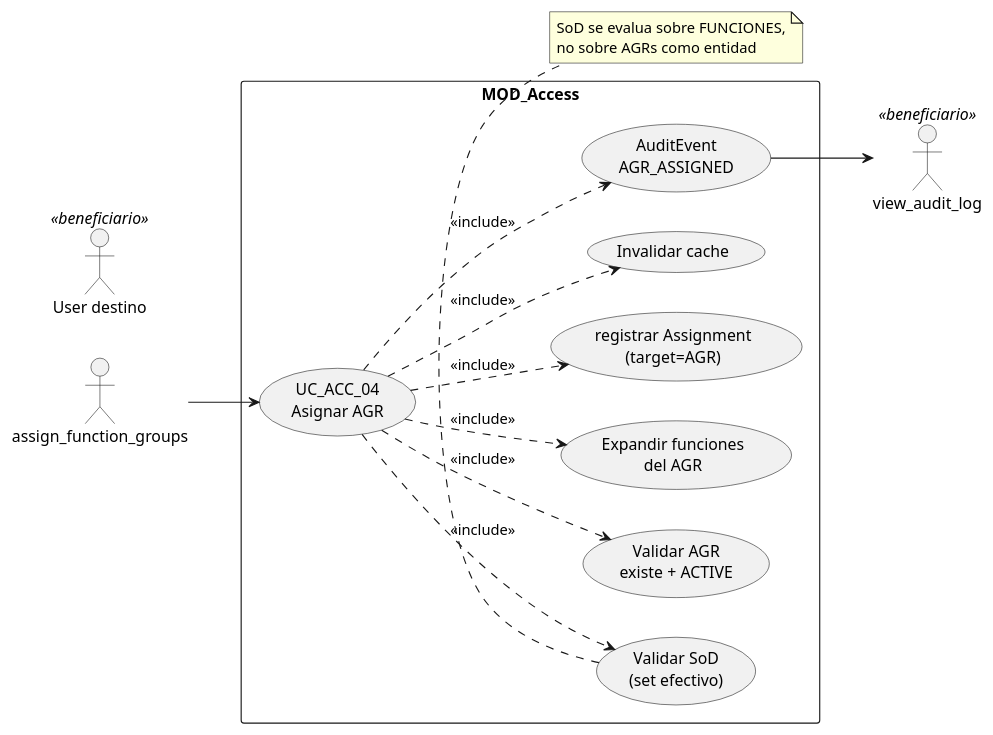
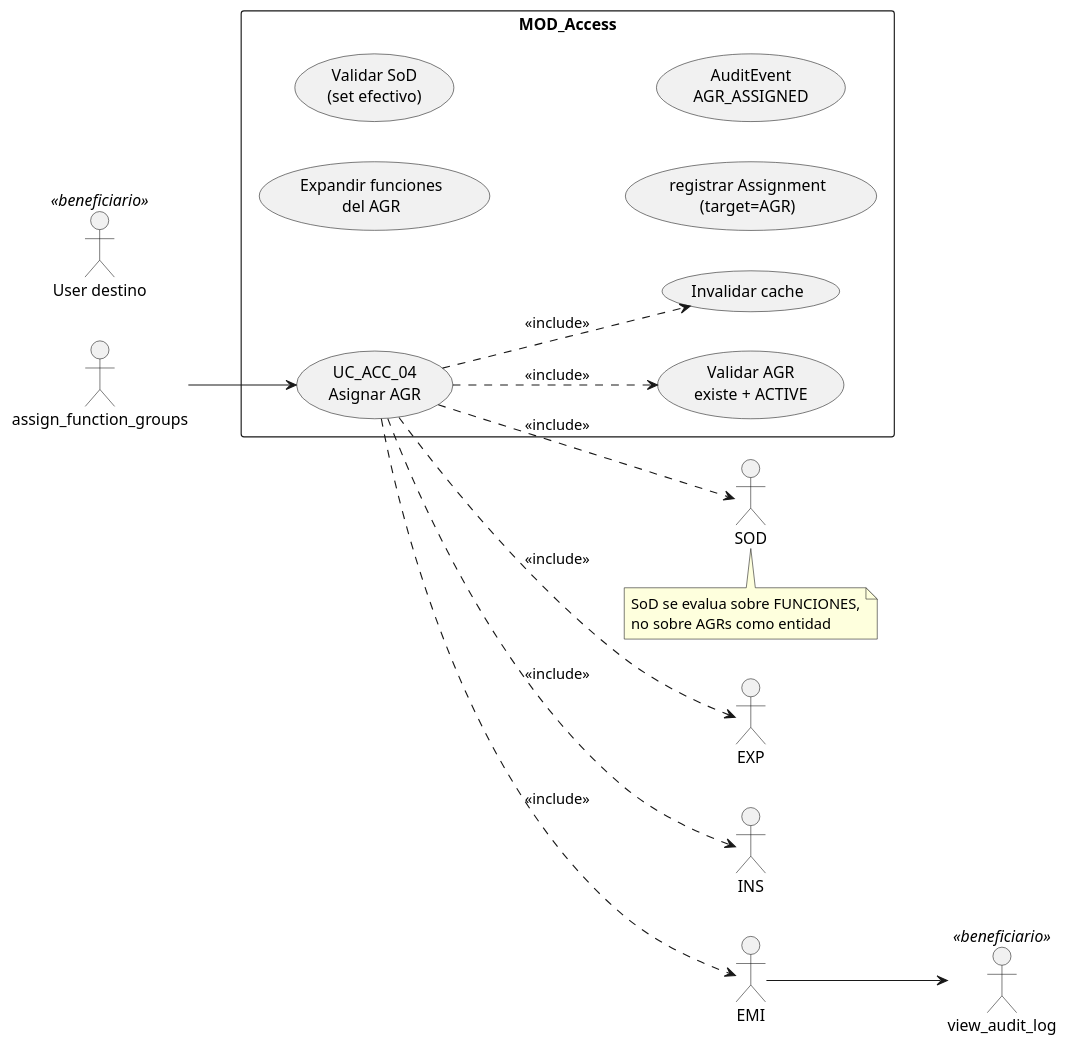
One commit to jcg-admin/IACT-docs changed the diagram in source/requisitos/casos-uso/access/uc-acc-04/diagramas-uml/diagrama-de-caso-de-uso.rst. Above: the diagram before and after it, drawn with PlantUML. The commit also changed 47 other files, not shown here.

First line of the commit message:
Fix cryptic PlantUML aliases in UC and architecture files (STD_011)

```diff
--- a/source/requisitos/casos-uso/access/uc-acc-04/diagramas-uml/diagrama-de-caso-de-uso.rst
+++ b/source/requisitos/casos-uso/access/uc-acc-04/diagramas-uml/diagrama-de-caso-de-uso.rst
@@ -4,35 +4,35 @@
 .. uml::
  :caption: UC_ACC_04 — actores y casos asociados
 
  @startuml
  left to right direction
 
  actor "assign_function_groups" as INVOKER
  actor "User destino" as TARGET <<beneficiario>>
  actor "view_audit_log" as view_audit_log <<beneficiario>>
 
  rectangle "MOD_Access" {
    usecase "UC_ACC_04\nAsignar AGR" as UC04
    usecase "Validar AGR\nexiste + ACTIVE" as VAGR
-   usecase "Expandir funciones\ndel AGR" as EXP
-   usecase "Validar SoD\n(set efectivo)" as SOD
-   usecase "registrar Assignment\n(target=AGR)" as INS
+   usecase "Expandir funciones\ndel AGR" as ExportarDatos
+   usecase "Validar SoD\n(set efectivo)" as ValidadorSoD
+   usecase "registrar Assignment\n(target=AGR)" as RegistrarDatos
    usecase "Invalidar cache" as CACHE
-   usecase "AuditEvent\nAGR_ASSIGNED" as EMI
+   usecase "AuditEvent\nAGR_ASSIGNED" as AuditEmitter
  }
 
  INVOKER --> UC04
  UC04 ..> VAGR : <<include>>
  UC04 ..> EXP : <<include>>
  UC04 ..> SOD : <<include>>
  UC04 ..> INS : <<include>>
  UC04 ..> CACHE : <<include>>
  UC04 ..> EMI : <<include>>
  EMI --> view_audit_log
 
  note bottom of SOD
    SoD se evalua sobre FUNCIONES,
    no sobre AGRs como entidad
  end note
 
  @enduml
```
